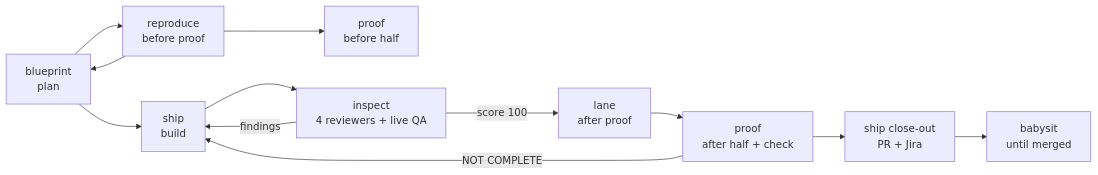
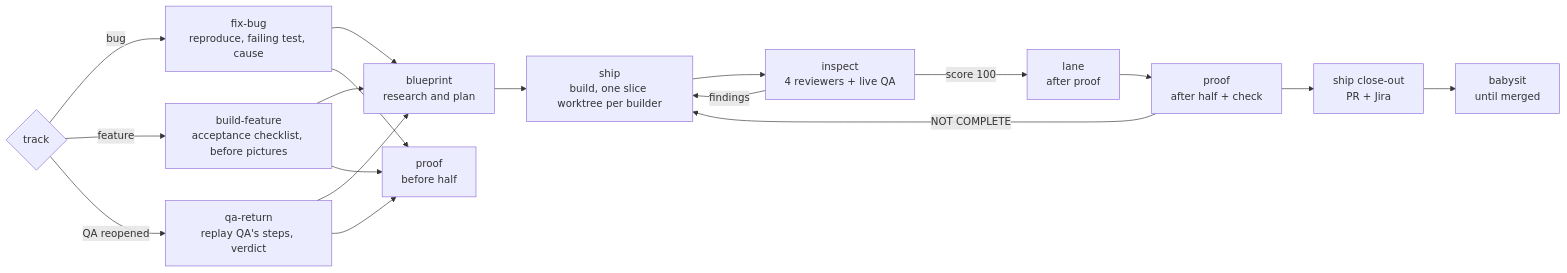
Before and after one commit to talibilat/tfactory: the first of 2 diagrams in README.md, drawn with Mermaid. The commit also changed other lines of this file and 14 other files, not shown here.

First line of the commit message:
Split the pipeline into three tracks: fix-bug, build-feature and qa-return

````diff
--- a/README.md
+++ b/README.md
@@ -45,13 +48,20 @@
 ```mermaid
 flowchart LR
-  P[blueprint<br>plan] --> R[reproduce<br>before proof] --> P
-  R --> F1[proof<br>before half]
-  P --> S[ship<br>build]
+  T{track} -- bug --> FB[fix-bug<br>reproduce, failing test, cause]
+  T -- feature --> BF[build-feature<br>acceptance checklist, before pictures]
+  T -- QA reopened --> QR[qa-return<br>replay QA's steps, verdict]
+  FB --> P[blueprint<br>research and plan]
+  BF --> P
+  QR --> P
+  FB --> F1[proof<br>before half]
+  QR --> F1
+  BF --> F1
+  P --> S[ship<br>build, one slice worktree per builder]
   S --> Q[inspect<br>4 reviewers + live QA]
   Q -- findings --> S
   Q -- score 100 --> L[lane<br>after proof]
   L --> F2[proof<br>after half + check]
   F2 -- NOT COMPLETE --> S
   F2 --> C[ship close-out<br>PR + Jira]
   C --> B[babysit<br>until merged]
 ```
````
